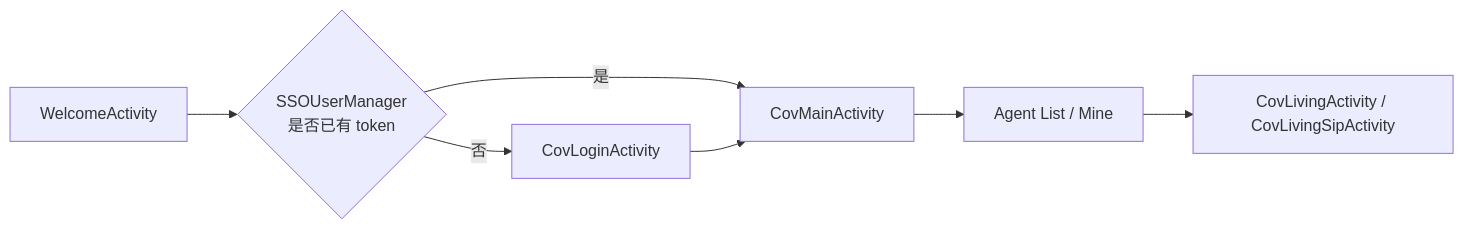
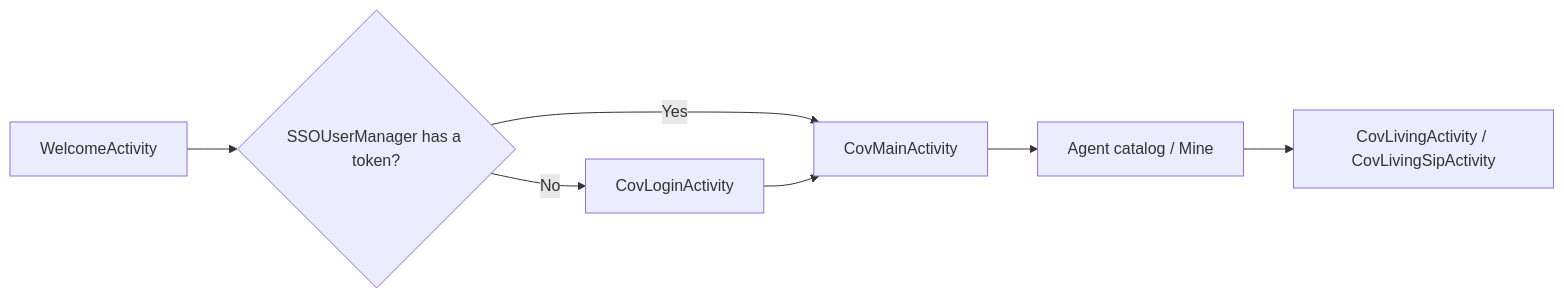
One commit to Shengwang-Community/Conversational-AI-Demo changed the second of 6 diagrams in Android/ARCHITECTURE.md. Above: the diagram before and after it, drawn with Mermaid. The commit also changed other lines of this file and 69 other files, not shown here.

````diff
--- a/Android/ARCHITECTURE.md
+++ b/Android/ARCHITECTURE.md
@@ -60,9 +53,9 @@
 ```mermaid
 flowchart LR
-  splash["WelcomeActivity"] --> token{"SSOUserManager\n是否已有 token"}
-  token -- 是 --> main["CovMainActivity"]
-  token -- 否 --> login["CovLoginActivity"]
+  splash["WelcomeActivity"] --> token{"SSOUserManager has a token?"}
+  token -- Yes --> main["CovMainActivity"]
+  token -- No --> login["CovLoginActivity"]
   login --> main
-  main --> list["Agent List / Mine"]
-  list --> living["CovLivingActivity / CovLivingSipActivity"]
+  main --> catalog["Agent catalog / Mine"]
+  catalog --> living["CovLivingActivity / CovLivingSipActivity"]
 ```
````
